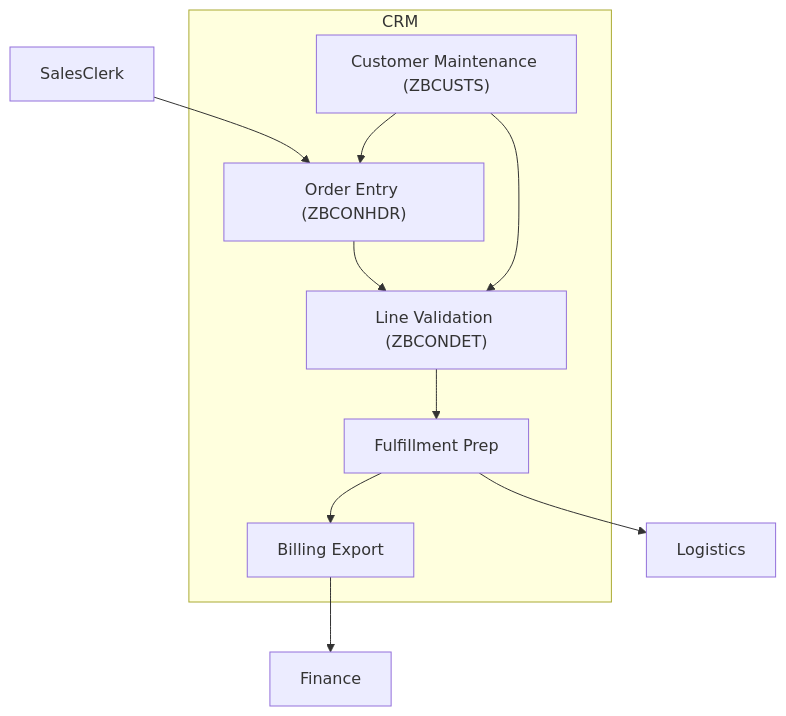
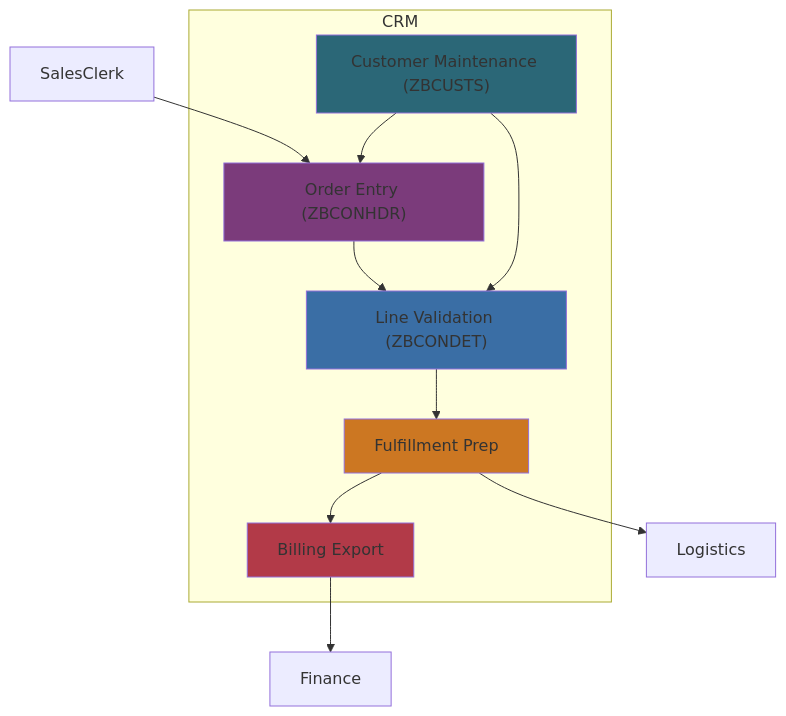
One commit to asynkron/CobolDemo-GITST changed the fourth of 6 diagrams in docs/architecture/overview.md. Above: the diagram before and after it, drawn with Mermaid. The commit also changed other lines of this file and 7 other files, not shown here.

Commit message:
Add accent fills to documentation mermaid diagrams

````diff
--- a/docs/architecture/overview.md
+++ b/docs/architecture/overview.md
@@ -77,19 +94,25 @@
 ```mermaid
 flowchart TB
     subgraph CRM
         Entry["Order Entry (ZBCONHDR)"]
         Validation["Line Validation (ZBCONDET)"]
         CustomerFile["Customer Maintenance (ZBCUSTS)"]
         Fulfillment["Fulfillment Prep"]
         Billing["Billing Export"]
     end
 
     SalesClerk --> Entry
     Entry --> Validation
     Validation --> Fulfillment
     Fulfillment --> Billing
     Billing --> Finance
     Fulfillment --> Logistics
     CustomerFile --> Entry
     CustomerFile --> Validation
+    %% Highlight handoffs across the order lifecycle.
+    style Entry fill:#7B3B7B
+    style Validation fill:#3A6EA5
+    style CustomerFile fill:#2B6777
+    style Fulfillment fill:#CC7722
+    style Billing fill:#B23A48
 ```
````
